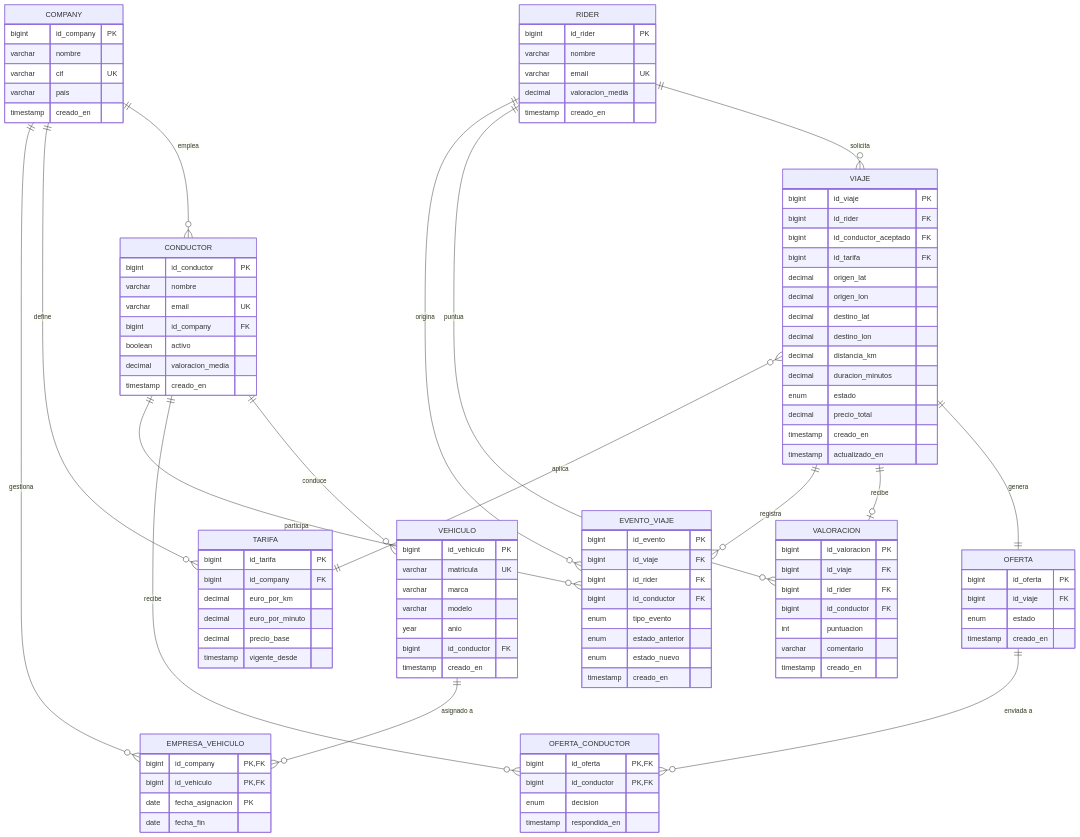
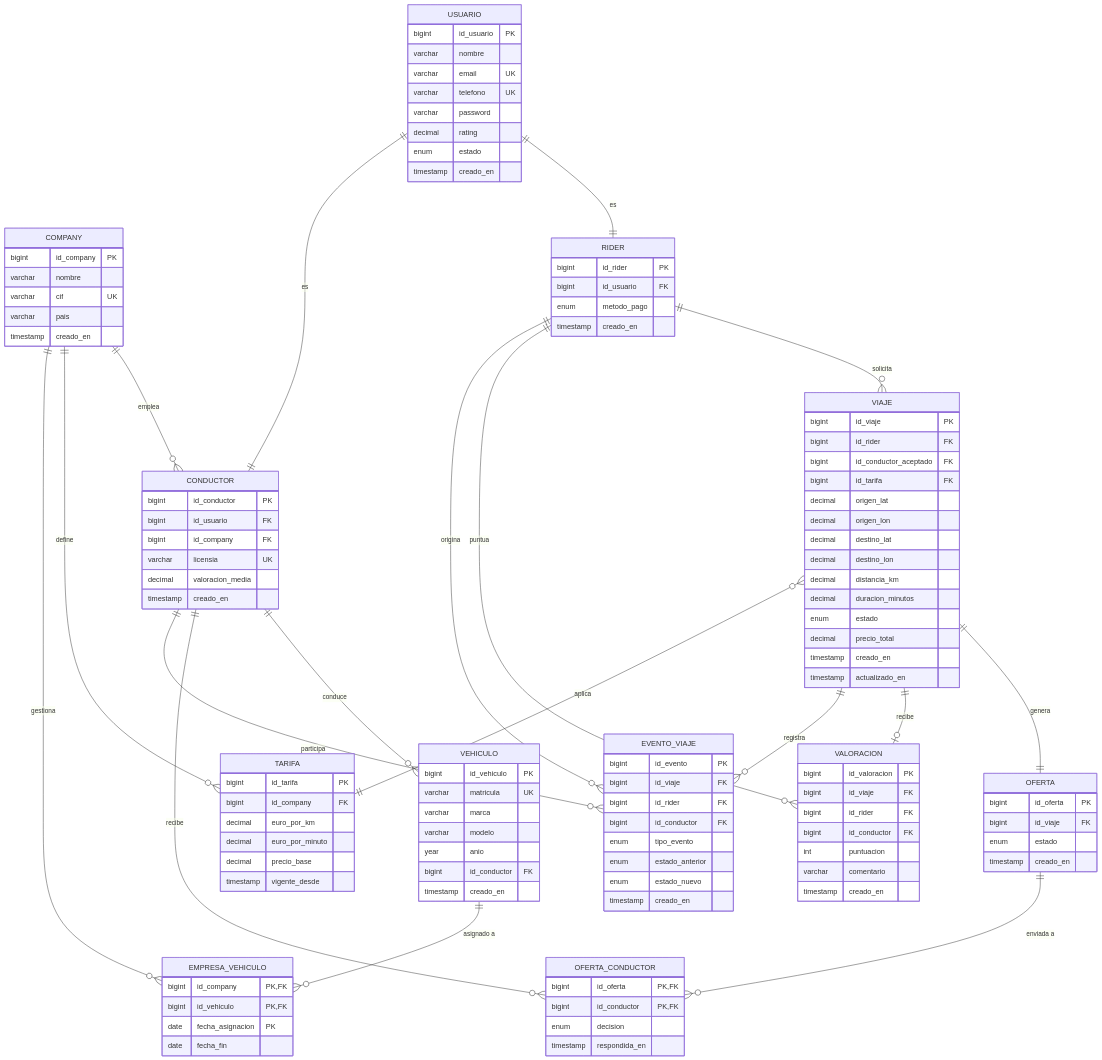
One commit to diego-vazquez-morales/BaseDeDatos changed the diagram in DESIGN.md. Above: the diagram before and after it, drawn with Mermaid. The commit also changed other lines of this file and 1 other file, not shown here.

````diff
--- a/DESIGN.md
+++ b/DESIGN.md
@@ -16,20 +16,29 @@
         timestamp creado_en
     }
 
+    USUARIO {
+        bigint id_usuario PK
+        varchar nombre
+        varchar email UK
+        varchar telefono UK
+        varchar password
+        decimal rating
+        enum estado
+        timestamp creado_en
+    }
+
     RIDER {
         bigint id_rider PK
-        varchar nombre
-        varchar email UK
-        decimal valoracion_media
+        bigint id_usuario FK
+        enum metodo_pago
         timestamp creado_en
     }
 
     CONDUCTOR {
         bigint id_conductor PK
-        varchar nombre
-        varchar email UK
+        bigint id_usuario FK
         bigint id_company FK
-        boolean activo
+        varchar licensia UK
         decimal valoracion_media
         timestamp creado_en
     }
@@ -127,4 +136,6 @@
     VIAJE }o--|| TARIFA : "aplica"
     OFERTA ||--o{ OFERTA_CONDUCTOR : "enviada a"
     VEHICULO ||--o{ EMPRESA_VEHICULO : "asignado a"
+    USUARIO ||--|| RIDER : "es"
+    USUARIO ||--|| CONDUCTOR : "es"
 ```
````
